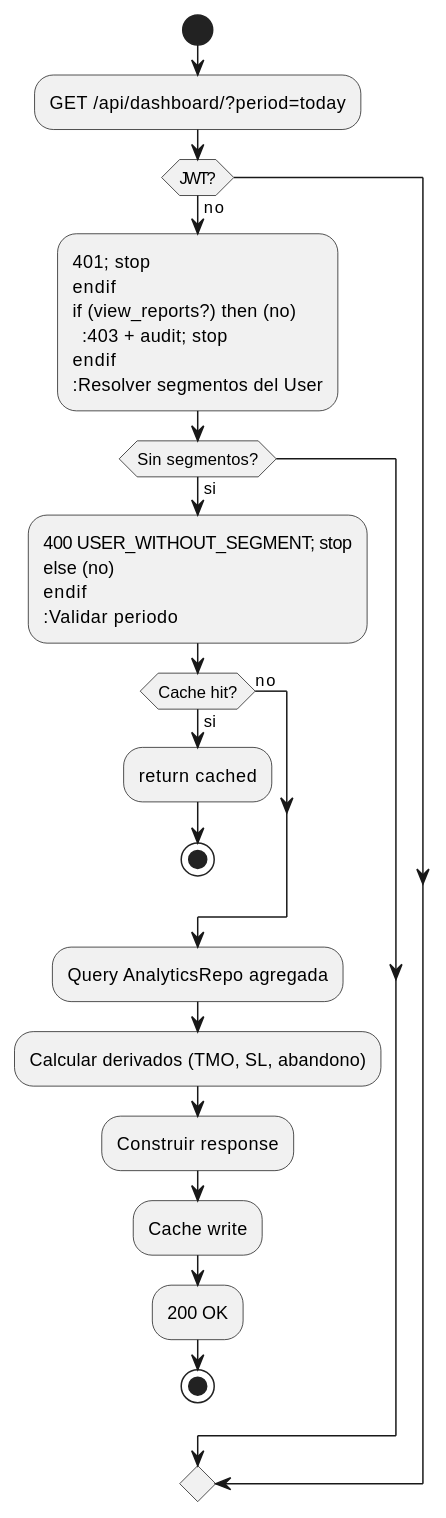
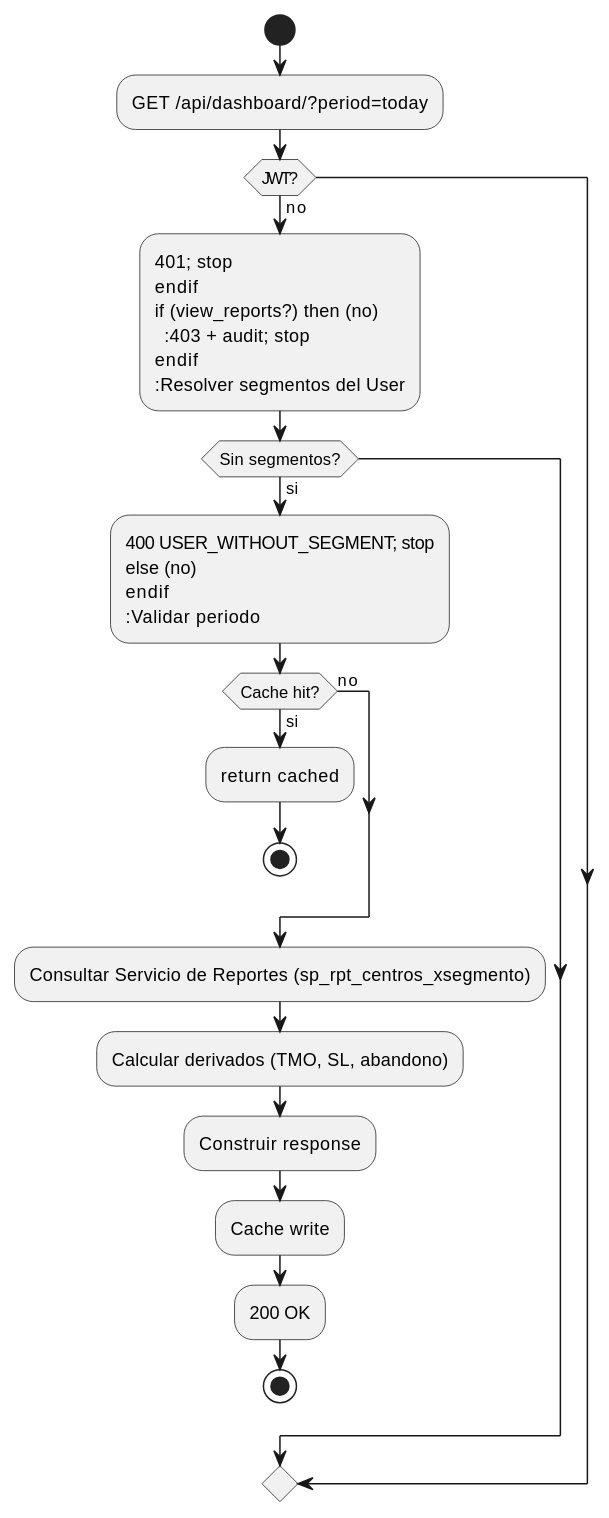
One commit to jcg-admin/IACT-docs changed the second of 4 diagrams in source/requisitos/casos-uso/reports/uc-rpt-01/diagramas-uml.rst. Above: the diagram before and after it, drawn with PlantUML. The commit also changed other lines of this file and 4 other files, not shown here.

```diff
--- a/source/requisitos/casos-uso/reports/uc-rpt-01/diagramas-uml.rst
+++ b/source/requisitos/casos-uso/reports/uc-rpt-01/diagramas-uml.rst
@@ -44,32 +40,32 @@
 .. uml::
  :caption: UC_RPT_01 — flujo
 
  @startuml
 
  start
  :GET /api/dashboard/?period=today;
  if (JWT?) then (no)
    :401; stop
  endif
  if (view_reports?) then (no)
    :403 + audit; stop
  endif
  :Resolver segmentos del User;
  if (Sin segmentos?) then (si)
    :400 USER_WITHOUT_SEGMENT; stop
  else (no)
  endif
  :Validar periodo;
  if (Cache hit?) then (si)
    :return cached;
    stop
  else (no)
  endif
- :Query AnalyticsRepo agregada;
+ :Consultar Servicio de Reportes (sp_rpt_centros_xsegmento);
  :Calcular derivados (TMO, SL, abandono);
  :Construir response;
  :Cache write;
  :200 OK;
  stop
 
  @enduml
```
